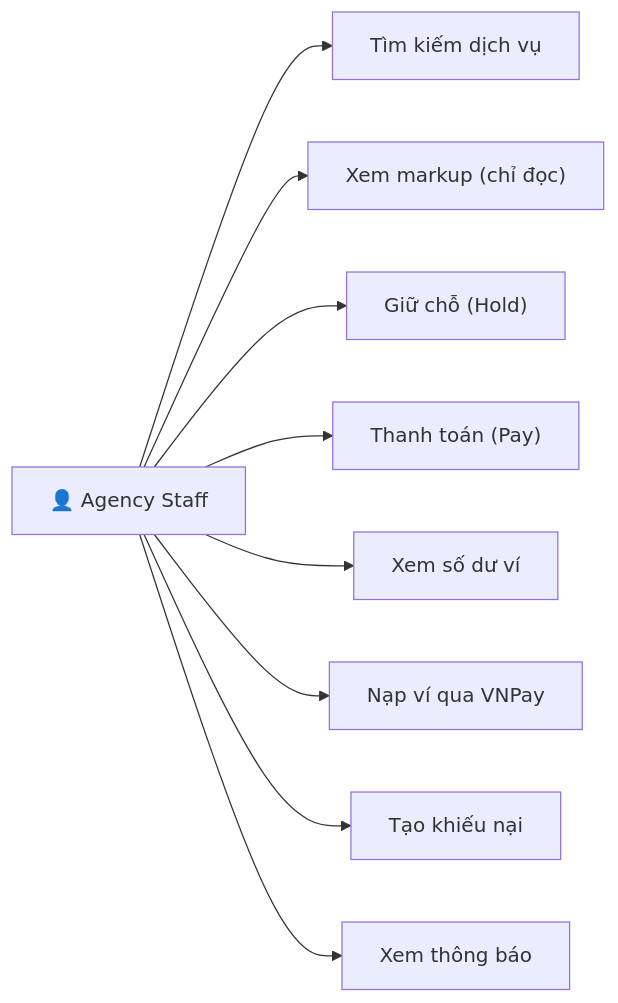
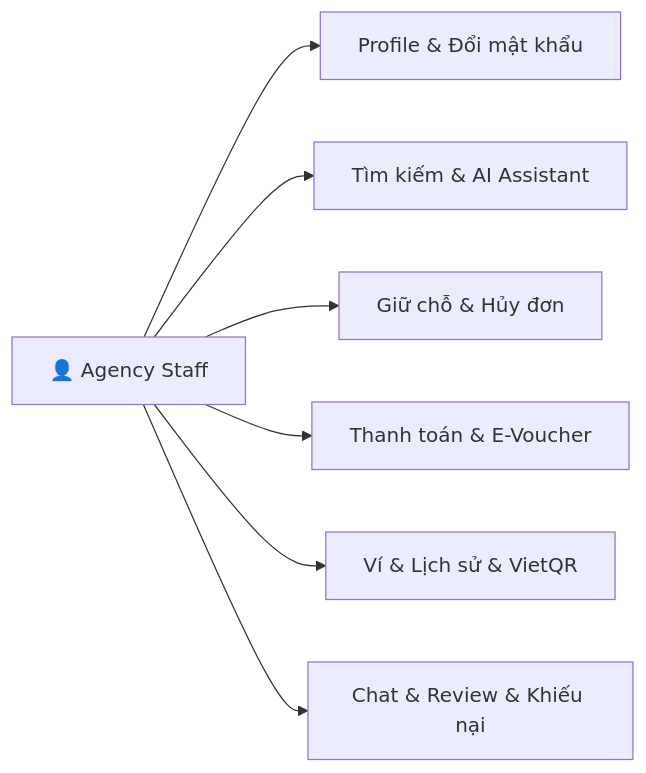
The fifth of 25 diagrams in docs/actor and usecase/actors.md (thanh-16/B2B_Tour), drawn with Mermaid before and after one commit. The commit also changed other lines of this file, not shown here.

Commit message:
add chat bot and update plase2

````diff
--- a/docs/actor and usecase/actors.md
+++ b/docs/actor and usecase/actors.md
@@ -164,13 +186,11 @@
 ```mermaid
 graph LR
     AS["👤 Agency Staff"]
 
-    AS --> UC_SEARCH["Tìm kiếm dịch vụ"]
-    AS --> UC_MARKUP_R["Xem markup (chỉ đọc)"]
-    AS --> UC_HOLD["Giữ chỗ (Hold)"]
-    AS --> UC_PAY["Thanh toán (Pay)"]
-    AS --> UC_BAL["Xem số dư ví"]
-    AS --> UC_VNPAY["Nạp ví qua VNPay"]
-    AS --> UC_CLAIM["Tạo khiếu nại"]
-    AS --> UC_NOTI["Xem thông báo"]
+    AS --> UC_PROFILE["Profile & Đổi mật khẩu"]
+    AS --> UC_SEARCH["Tìm kiếm & AI Assistant"]
+    AS --> UC_HOLD["Giữ chỗ & Hủy đơn"]
+    AS --> UC_PAY["Thanh toán & E-Voucher"]
+    AS --> UC_WAL["Ví & Lịch sử & VietQR"]
+    AS --> UC_CHAT["Chat & Review & Khiếu nại"]
 ```
````
